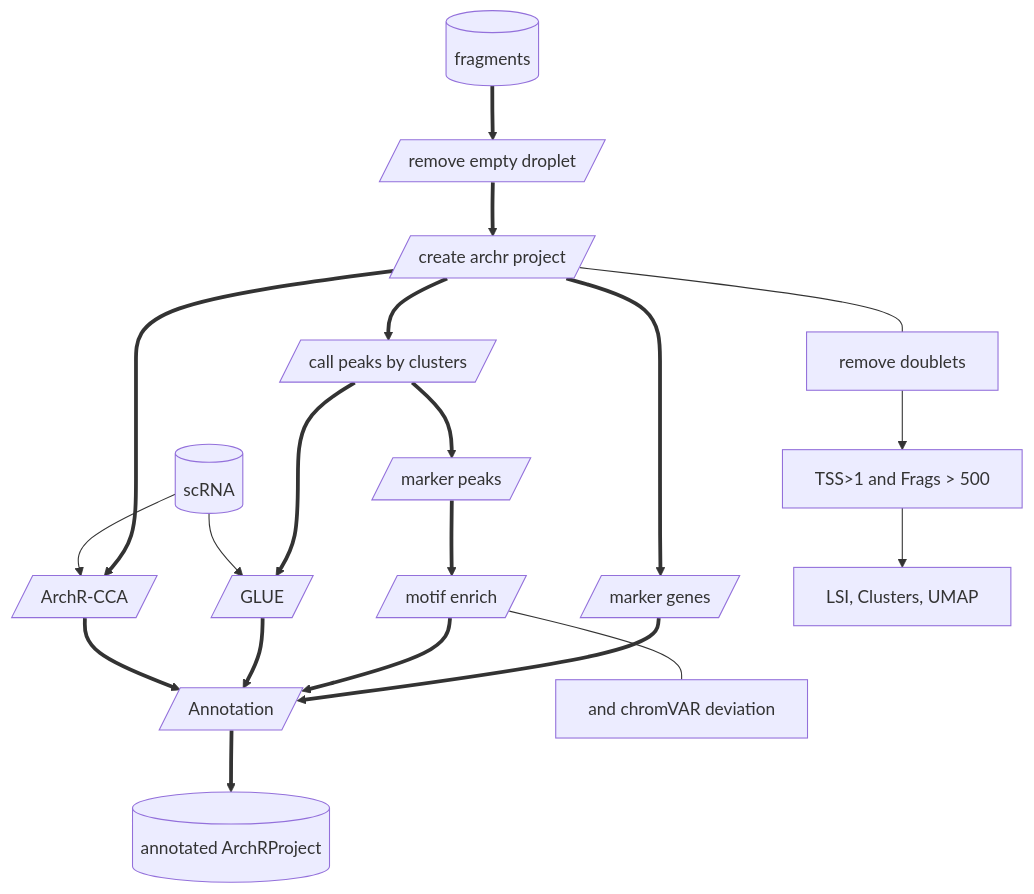
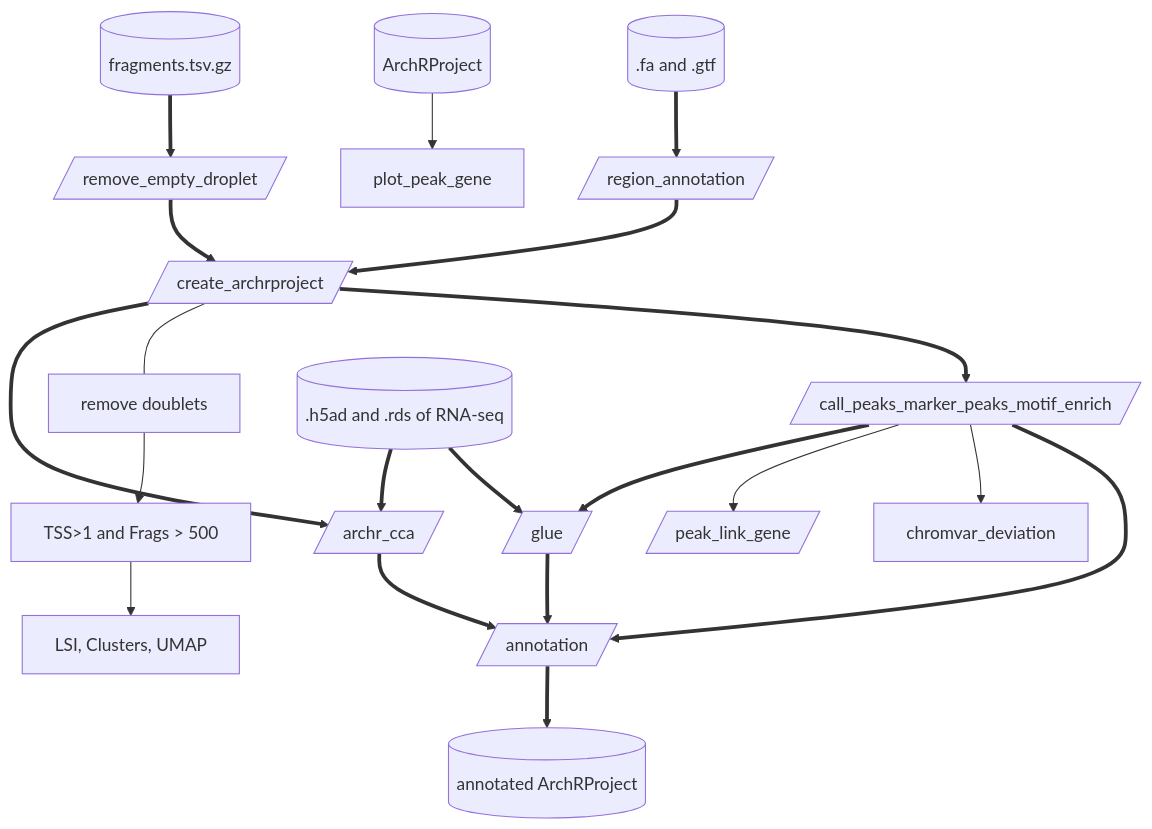
One commit to ydgenomics/omics4plant changed the first of 2 diagrams in SOFTWARE/ArchR/NOTEs/NOTE-archr/README.md. Above: the diagram before and after it, drawn with Mermaid. The commit also changed 3 other files, not shown here.

````diff
--- a/SOFTWARE/ArchR/NOTEs/NOTE-archr/README.md
+++ b/SOFTWARE/ArchR/NOTEs/NOTE-archr/README.md
@@ -20,12 +20,14 @@
 ```mermaid
 flowchart TB
-1[(fragments)] ==> 2[/remove empty droplet/] ==> 3[/create archr project/] ==> 4[/marker genes/] ==> 10[/Annotation/]
+0[(.fa and .gtf)] ==> 0.1[/region_annotation/]==>3
+1[(fragments.tsv.gz)] ==> 2[/remove_empty_droplet/] ==> 3[/create_archrproject/] ==> 4[/call_peaks_marker_peaks_motif_enrich/] ==> 10[/annotation/]
 3 --- 3.1[remove doublets] --> 3.2[TSS>1 and Frags > 500] --> 3.3[LSI, Clusters, UMAP]
-3 ==> 5[/call peaks by clusters/] ==> 6[/marker peaks/] ==> 7[/motif enrich/] ==> 10
-7 --- 7.1[and chromVAR deviation]
-5 ==> 8[/GLUE/] ==> 10
-3 ==> 9[/ArchR-CCA/] ==> 10
-1.1[(scRNA)] --> 8
-1.1 --> 9
+4 --> 4.1[chromvar_deviation]
+4 --> 5[/peak_link_gene/]
+4 ==> 8[/glue/] ==> 10
+02[(.h5ad and .rds of RNA-seq)] ==> 8
+3 ==> 9[/archr_cca/] ==> 10
+02 ==> 9
 10 ==> 11[(annotated ArchRProject)]
+6[(ArchRProject)] --> 7[plot_peak_gene]
 ```
````
